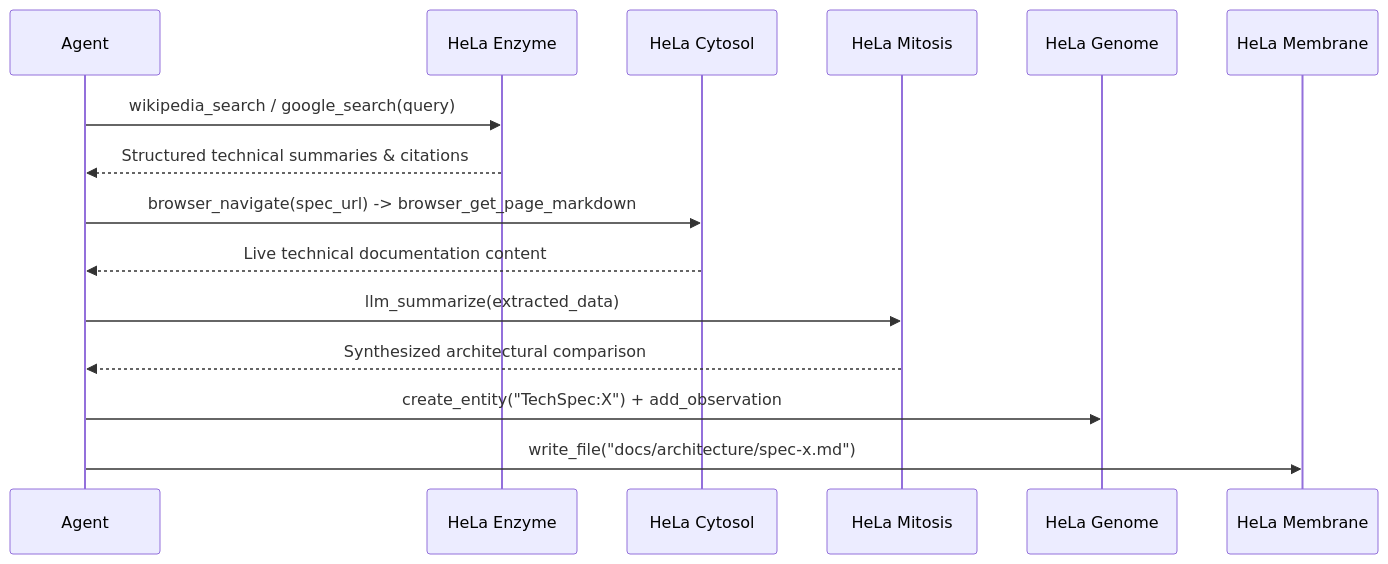
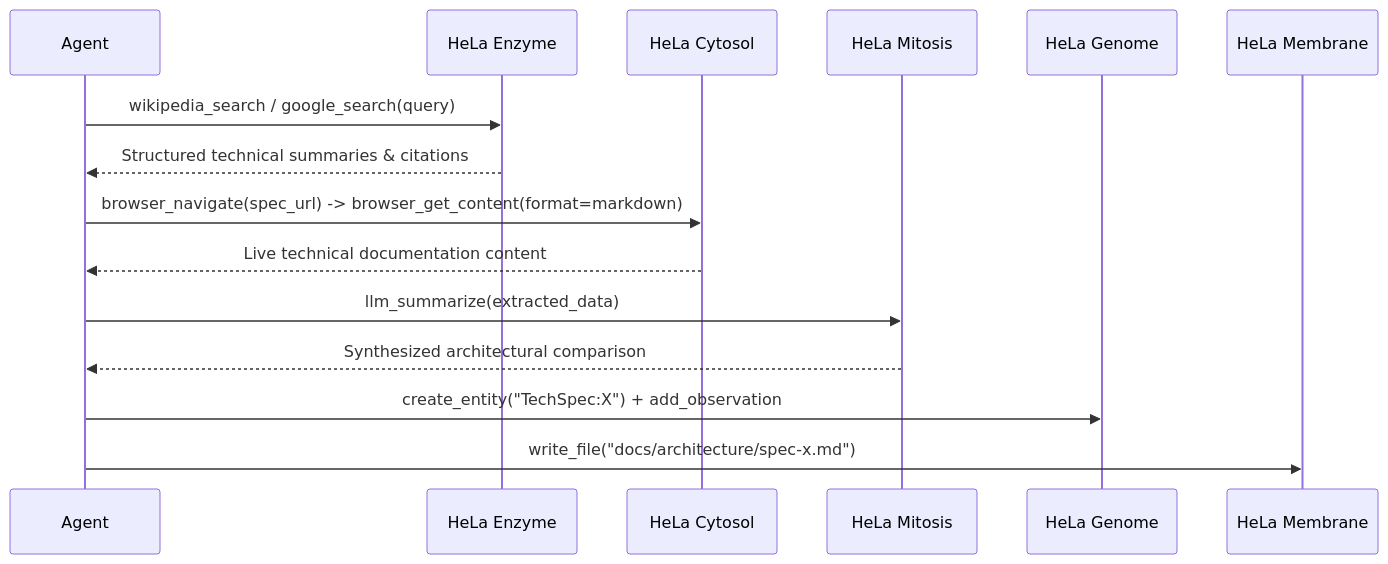
The third of 7 diagrams in docs/workflows.md (1999AZZAR/hela-mcp-ecosystem), drawn with Mermaid before and after one commit. The commit also changed other lines of this file and 15 other files, not shown here.

Commit message:
docs(ecosystem): sync 327-tool surface and browser_get_content references

````diff
--- a/docs/workflows.md
+++ b/docs/workflows.md
@@ -76,18 +76,18 @@
 ```mermaid
 sequenceDiagram
     participant Agent
     participant Enzyme as HeLa Enzyme
     participant Cytosol as HeLa Cytosol
     participant Mitosis as HeLa Mitosis
     participant Genome as HeLa Genome
     participant Membrane as HeLa Membrane
 
     Agent->>Enzyme: wikipedia_search / google_search(query)
     Enzyme-->>Agent: Structured technical summaries & citations
-    Agent->>Cytosol: browser_navigate(spec_url) -> browser_get_page_markdown
+    Agent->>Cytosol: browser_navigate(spec_url) -> browser_get_content(format=markdown)
     Cytosol-->>Agent: Live technical documentation content
     Agent->>Mitosis: llm_summarize(extracted_data)
     Mitosis-->>Agent: Synthesized architectural comparison
     Agent->>Genome: create_entity("TechSpec:X") + add_observation
     Agent->>Membrane: write_file("docs/architecture/spec-x.md")
 ```
````
